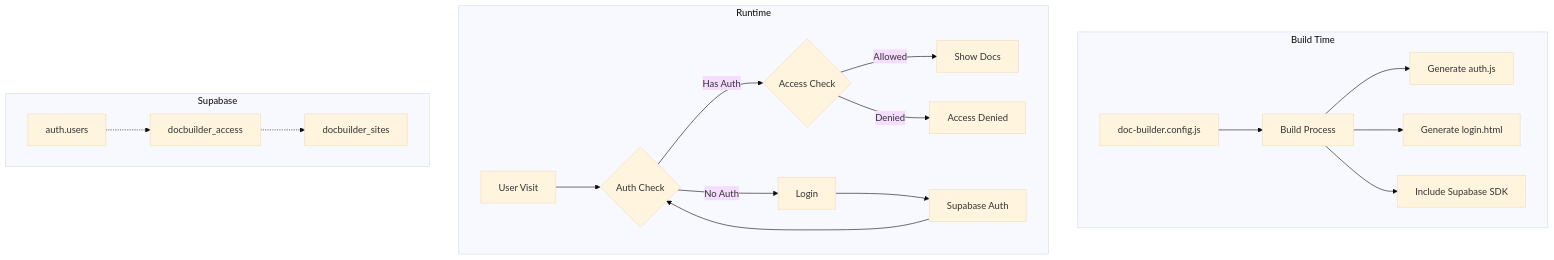
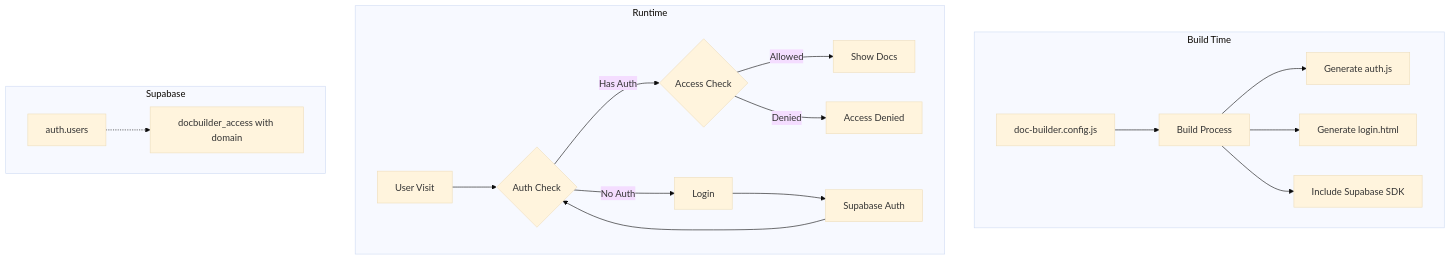
One commit to wapdat/doc-builder changed the diagram in docs/private/supabase-auth-implementation-plan.md. Above: the diagram before and after it, drawn with Mermaid (base theme). The commit also changed other lines of this file and 26 other files, not shown here.

````diff
--- a/docs/private/supabase-auth-implementation-plan.md
+++ b/docs/private/supabase-auth-implementation-plan.md
@@ -16,30 +16,28 @@
 ```mermaid
 graph TD
     subgraph "Build Time"
         Config[doc-builder.config.js]
         Build[Build Process]
         Config --> Build
         Build --> AuthJS[Generate auth.js]
         Build --> LoginPage[Generate login.html]
         Build --> SDK[Include Supabase SDK]
     end
     
     subgraph "Runtime"
         User[User Visit]
         User --> Check{Auth Check}
         Check -->|No Auth| Login
         Check -->|Has Auth| Access{Access Check}
         Access -->|Allowed| Docs[Show Docs]
         Access -->|Denied| Denied[Access Denied]
         Login --> SupaAuth[Supabase Auth]
         SupaAuth --> Check
     end
     
     subgraph "Supabase"
         AuthUsers[auth.users]
-        DocSites[docbuilder_sites]
-        DocAccess[docbuilder_access]
+        DocAccess[docbuilder_access with domain]
         AuthUsers -.-> DocAccess
-        DocAccess -.-> DocSites
     end
 ```
````
